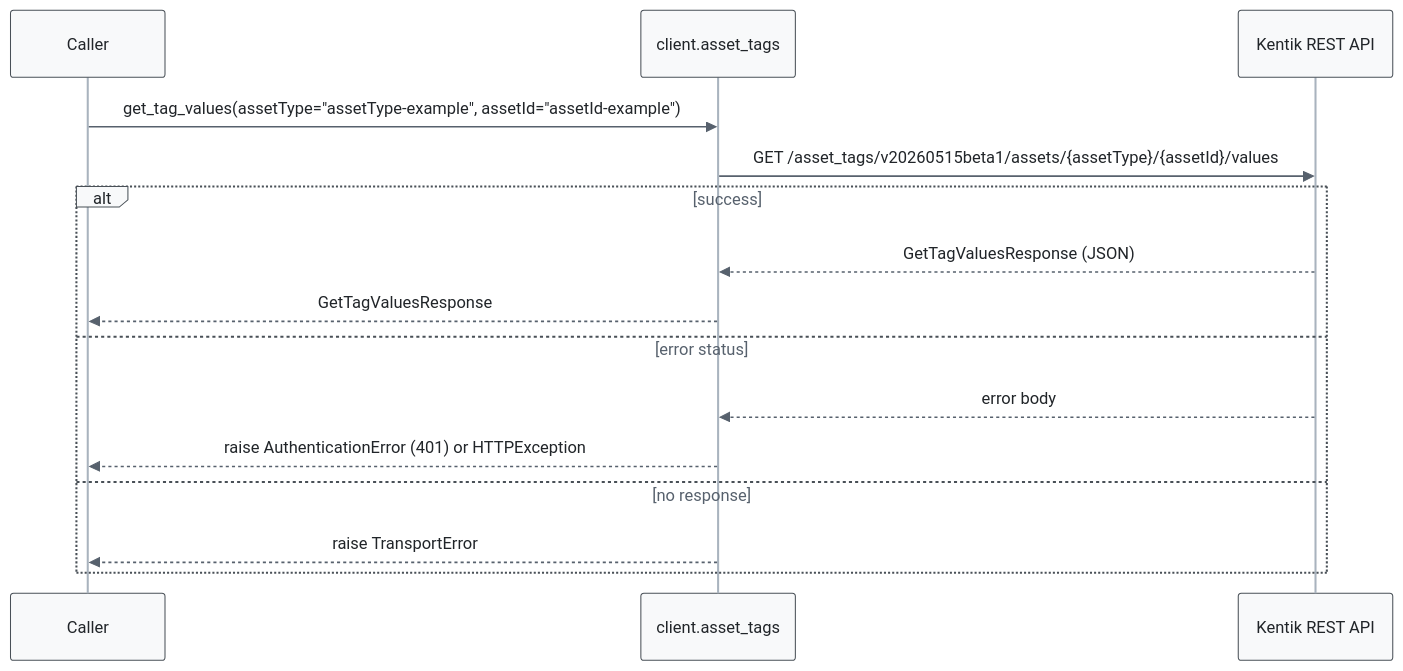
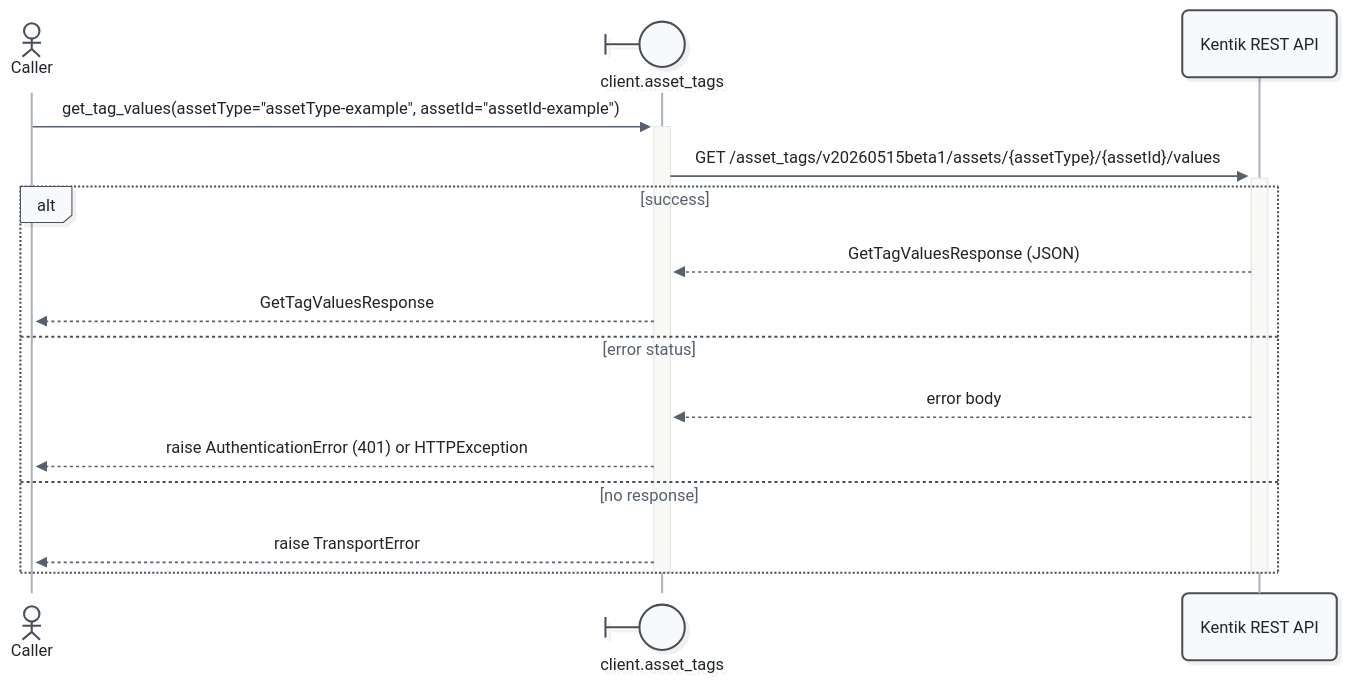
Before and after one commit to alexdearaujo/community_sdk_python: the first of 19 diagrams in docs/sphinx/services/asset_tags.md, drawn with Mermaid. The commit also changed other lines of this file and 52 other files, not shown here.

First line of the commit message:
docs: Mermaid 12 sequence diagrams with participant types and path colors

````diff
--- a/docs/sphinx/services/asset_tags.md
+++ b/docs/sphinx/services/asset_tags.md
@@ -33,19 +33,21 @@
 ```mermaid
-%%{init: {"theme": "base", "fontFamily": "ui-monospace, SFMono-Regular, Menlo, monospace", "themeVariables": {"fontFamily": "ui-monospace, SFMono-Regular, Menlo, monospace", "primaryColor": "#f8f9fa", "primaryBorderColor": "#495057", "primaryTextColor": "#212529", "textColor": "#212529", "lineColor": "#77818c", "edgeLabelBackground": "#ffffff", "actorBkg": "#f8f9fa", "actorBorder": "#495057", "actorTextColor": "#212529", "actorLineColor": "#a9b3be", "signalColor": "#57616d", "signalTextColor": "#212529", "labelBoxBkgColor": "#f8f9fa", "labelBoxBorderColor": "#495057", "labelTextColor": "#212529", "loopTextColor": "#57616d", "noteBkgColor": "#fff9db", "noteBorderColor": "#f08c00", "noteTextColor": "#a35a00"}, "flowchart": {"curve": "step", "nodeSpacing": 30, "rankSpacing": 70, "wrappingWidth": 400}}}%%
+%%{init: {"theme": "redux", "look": "neo", "layout": "dagre", "fontFamily": "ui-monospace, SFMono-Regular, Menlo, monospace", "themeVariables": {"fontFamily": "ui-monospace, SFMono-Regular, Menlo, monospace", "primaryColor": "#f8f9fa", "primaryBorderColor": "#495057", "primaryTextColor": "#212529", "textColor": "#212529", "lineColor": "#77818c", "edgeLabelBackground": "#ffffff", "actorBkg": "#f8f9fa", "actorBorder": "#495057", "actorTextColor": "#212529", "actorLineColor": "#a9b3be", "signalColor": "#57616d", "signalTextColor": "#212529", "labelBoxBkgColor": "#f8f9fa", "labelBoxBorderColor": "#495057", "labelTextColor": "#212529", "loopTextColor": "#57616d", "noteBkgColor": "#fff9db", "noteBorderColor": "#f08c00", "noteTextColor": "#a35a00"}, "sequence": {"activationWidth": 16}, "flowchart": {"curve": "step", "nodeSpacing": 30, "rankSpacing": 70, "wrappingWidth": 400}}}%%
 sequenceDiagram
-    participant C as Caller
-    participant W as client.asset_tags
+    actor C as Caller
+    participant W@{ "type": "boundary" } as client.asset_tags
     participant API as Kentik REST API
 
-    C->>W: get_tag_values(assetType="assetType-example", assetId="assetId-example")
-    W->>API: GET /asset_tags/v20260515beta1/assets/{assetType}/{assetId}/values
+    C->>+W: get_tag_values(assetType="assetType-example", assetId="assetId-example")
+    W->>+API: GET /asset_tags/v20260515beta1/assets/{assetType}/{assetId}/values
     alt success
         API-->>W: GetTagValuesResponse (JSON)
         W-->>C: GetTagValuesResponse
     else error status
         API-->>W: error body
         W-->>C: raise AuthenticationError (401) or HTTPException
     else no response
         W-->>C: raise TransportError
     end
+    deactivate API
+    deactivate W
 ```
````
